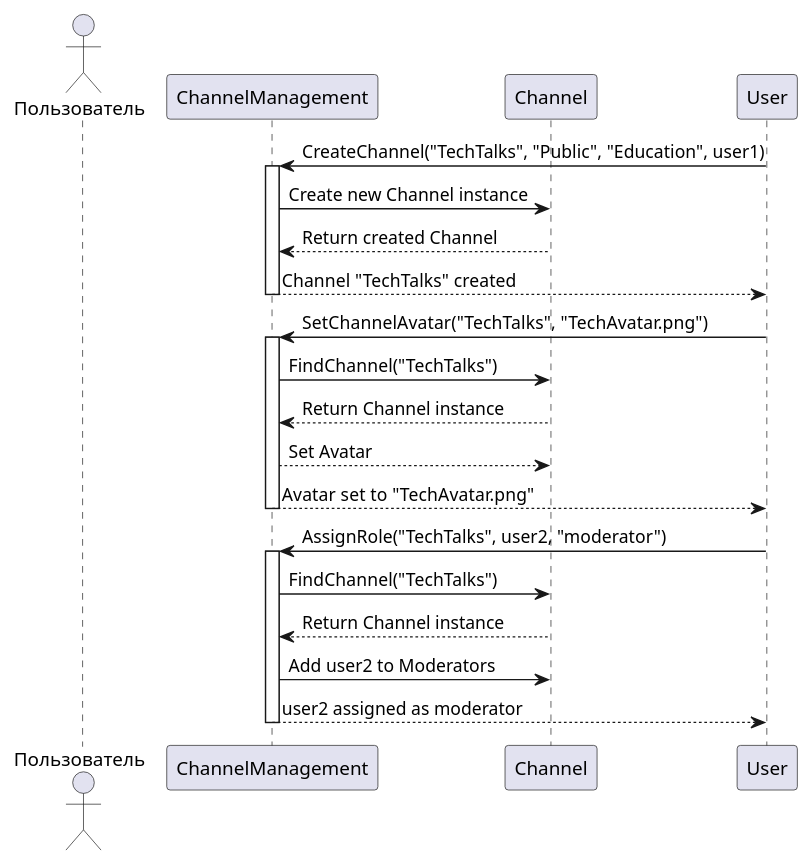
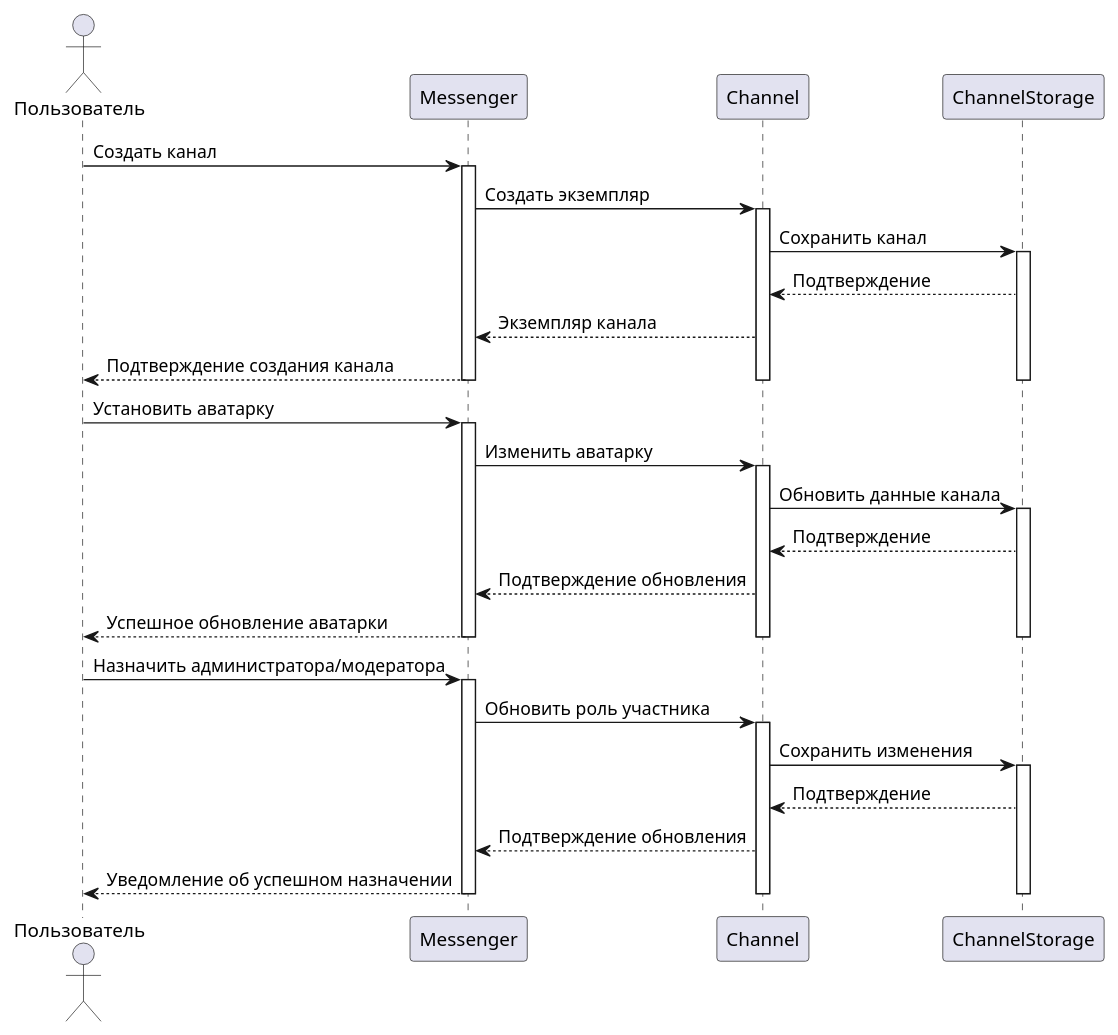
The diagram in precedents/channel_creation.md (penamarth/bsbo-13-22_team4_var5), drawn with PlantUML before and after one commit. The commit also changed other lines of this file, not shown here.

Commit message:
обновлена диаграмма последовательности

````diff
--- a/precedents/channel_creation.md
+++ b/precedents/channel_creation.md
@@ -52,38 +53,53 @@
 ```plantuml
 @startuml
 
-actor Пользователь
-participant "ChannelManagement" as CM
-participant "Channel" as Channel
+actor User as "Пользователь"
+participant Messenger
+participant Channel
+participant ChannelStorage
 
-' Создание канала
-User -> CM : CreateChannel("TechTalks", "Public", "Education", user1)
-activate CM
-CM -> Channel : Create new Channel instance
-Channel --> CM : Return created Channel
-CM --> User : Channel "TechTalks" created
+User -> Messenger: Создать канал
+activate Messenger
+Messenger -> Channel: Создать экземпляр
+activate Channel
+Channel -> ChannelStorage: Сохранить канал
+activate ChannelStorage
+ChannelStorage --> Channel: Подтверждение
+Channel --> Messenger: Экземпляр канала
+Messenger --> User: Подтверждение создания канала
 
-deactivate CM
+deactivate ChannelStorage
+deactivate Channel
+deactivate Messenger
 
-' Установка аватарки
-User -> CM : SetChannelAvatar("TechTalks", "TechAvatar.png")
-activate CM
-CM -> Channel : FindChannel("TechTalks")
-Channel --> CM : Return Channel instance
-CM --> Channel : Set Avatar
-CM --> User : Avatar set to "TechAvatar.png"
+User -> Messenger: Установить аватарку
+activate Messenger
+Messenger -> Channel: Изменить аватарку
+activate Channel
+Channel -> ChannelStorage: Обновить данные канала
+activate ChannelStorage
+ChannelStorage --> Channel: Подтверждение
+Channel --> Messenger: Подтверждение обновления
+Messenger --> User: Успешное обновление аватарки
 
-deactivate CM
+deactivate ChannelStorage
+deactivate Channel
+deactivate Messenger
 
-' Назначение ролей
-User -> CM : AssignRole("TechTalks", user2, "moderator")
-activate CM
-CM -> Channel : FindChannel("TechTalks")
-Channel --> CM : Return Channel instance
-CM -> Channel : Add user2 to Moderators
-CM --> User : user2 assigned as moderator
+User -> Messenger: Назначить администратора/модератора
+activate Messenger
+Messenger -> Channel: Обновить роль участника
+activate Channel
+Channel -> ChannelStorage: Сохранить изменения
+activate ChannelStorage
+ChannelStorage --> Channel: Подтверждение
+Channel --> Messenger: Подтверждение обновления
+Messenger --> User: Уведомление об успешном назначении
 
-deactivate CM
+deactivate ChannelStorage
+deactivate Channel
+deactivate Messenger
 
 @enduml
+
 ```
````
